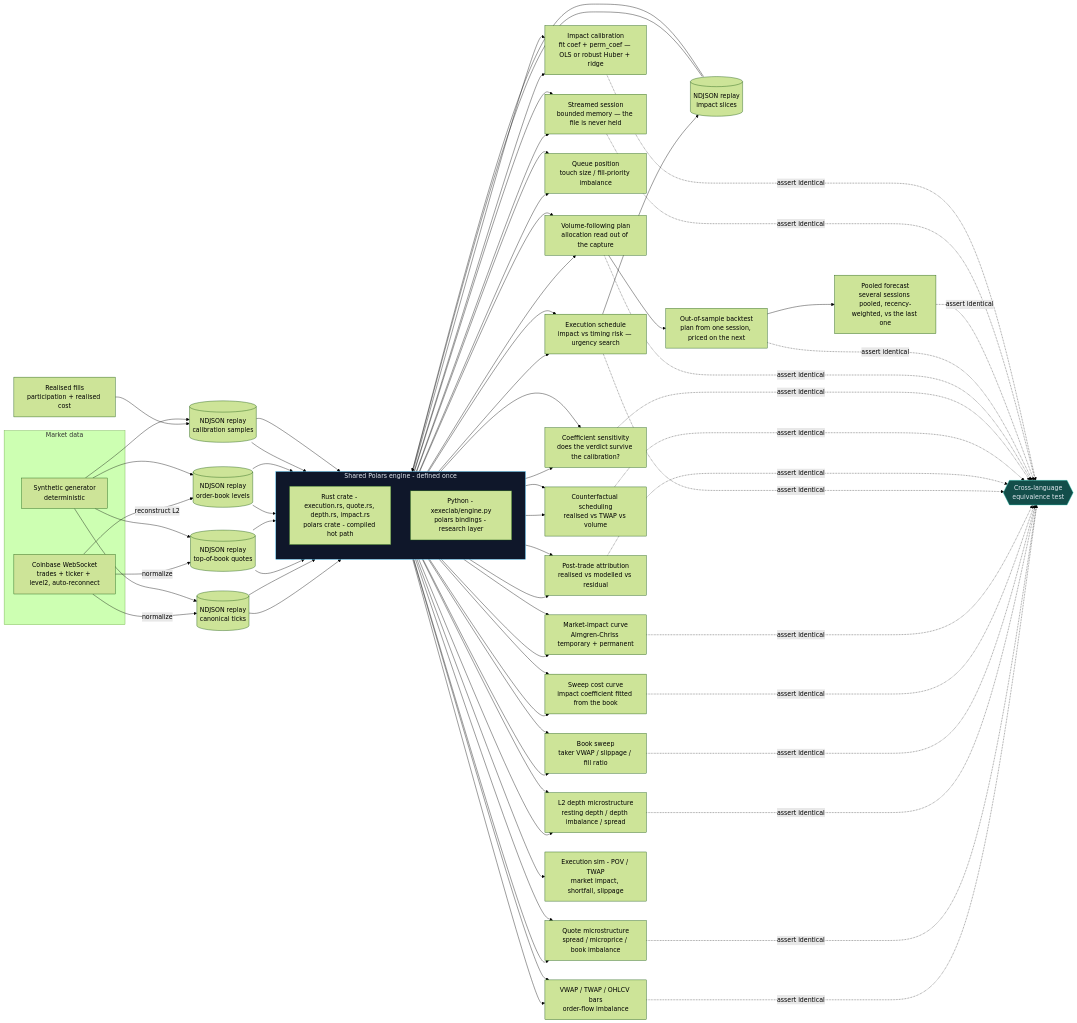
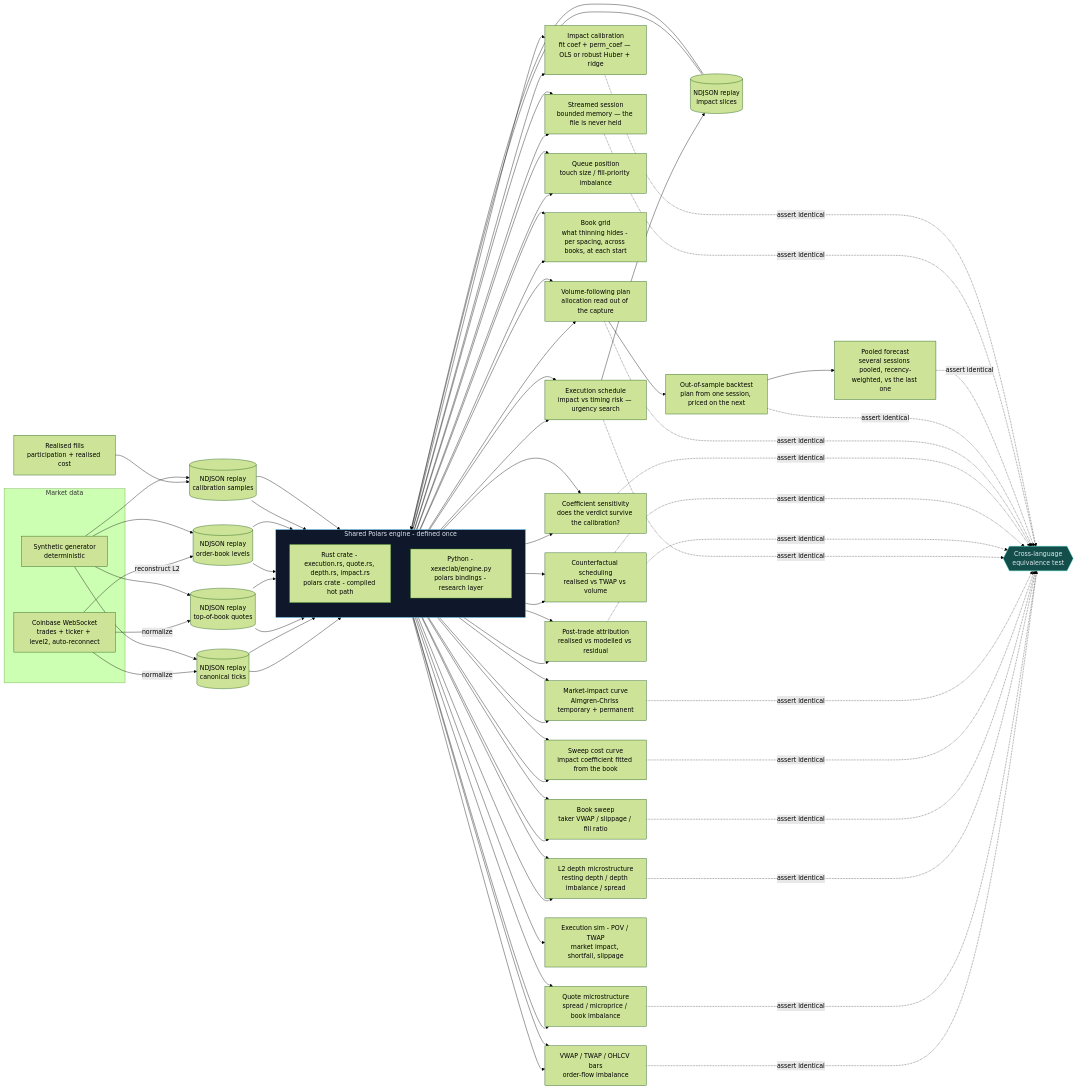
Before and after one commit to ghoshp83/polars-execution-lab: the diagram in README.md, drawn with Mermaid (forest theme). The commit also changed other lines of this file, not shown here.

Commit message:
docs(readme): book-grid-phase, a tenth day, and the book grid in the diagram

```diff
--- a/README.md
+++ b/README.md
@@ -73,6 +73,8 @@
     PY --> DEPTH
     RUST --> QUEUE[Queue position<br/>touch size / fill-priority imbalance]
     PY --> QUEUE
+    RUST --> GRID[Book grid<br/>what thinning hides - per spacing, across books, at each start]
+    PY --> GRID
     RUST --> SWEEP[Book sweep<br/>taker VWAP / slippage / fill ratio]
     PY --> SWEEP
     RUST --> CURVE[Sweep cost curve<br/>impact coefficient fitted from the book]
```
